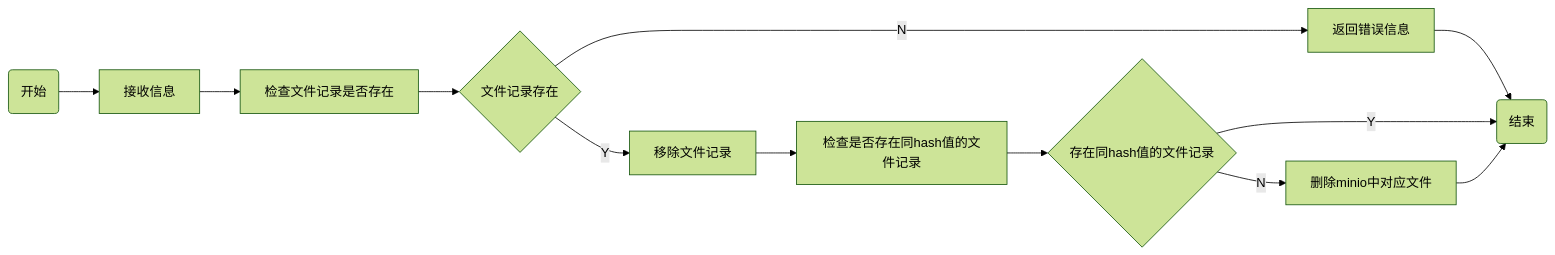
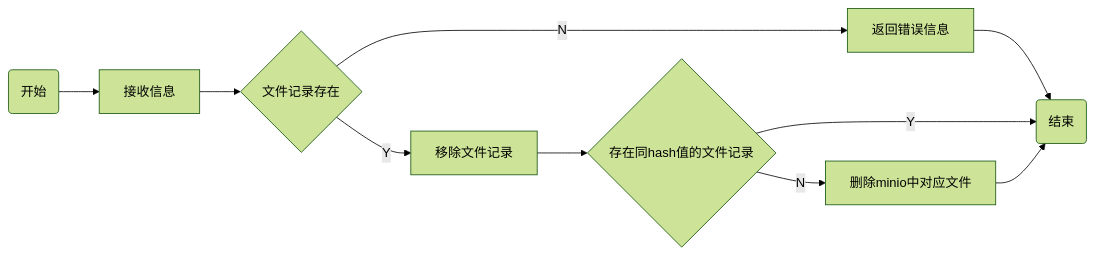
Diagram 11 of 11 in README.md (niuiic/file-service), drawn with Mermaid (forest theme) before and after one commit. The commit also changed other lines of this file, not shown here.

````diff
--- a/README.md
+++ b/README.md
@@ -339,33 +288,22 @@
 ```mermaid
 flowchart LR
-    start(开始)
-    start --> s1
+    start(开始) --> s1
 
-    s1[接收信息]
-    s1 --> s2
-
-    s2[检查文件记录是否存在]
-    s2 --> s3
+    s1[接收信息] --> s3
 
     s3{文件记录存在}
     s3 --Y--> s4
     s3 --N--> s5
 
-    s5[返回错误信息]
-    s5 --> done
+    s5[返回错误信息] --> finish
 
-    s4[移除文件记录]
-    s4 --> s6
-
-    s6[检查是否存在同hash值的文件记录]
-    s6 --> s7
+    s4[移除文件记录] --> s7
 
     s7{存在同hash值的文件记录}
-    s7 --Y--> done
+    s7 --Y--> finish
     s7 --N--> s8
 
-    s8[删除minio中对应文件]
-    s8 --> done
+    s8[删除minio中对应文件] --> finish
 
-    done(结束)
+    finish(结束)
 ```
````
